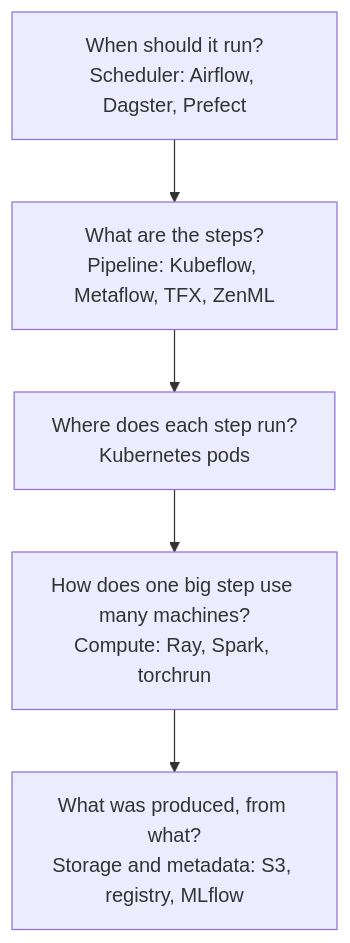
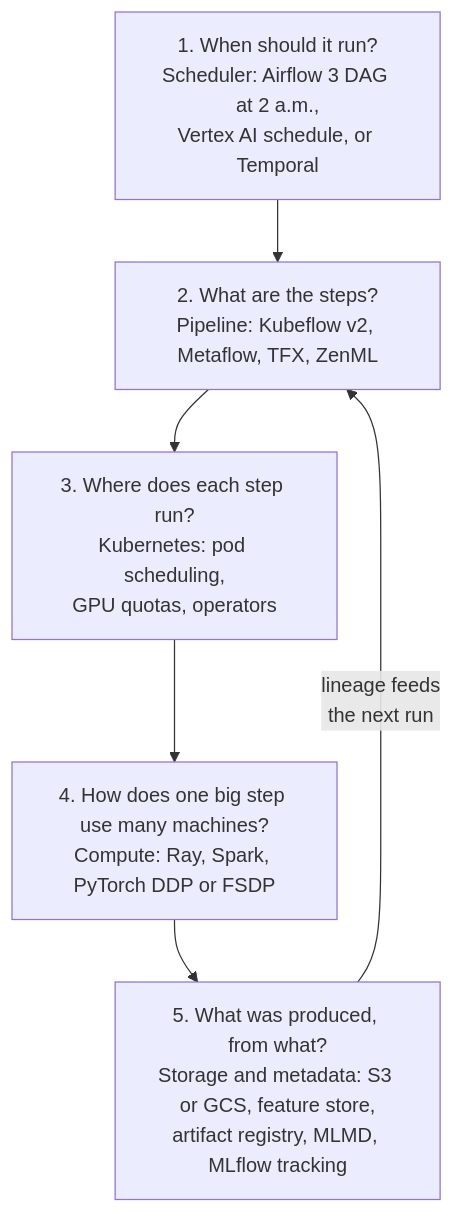
The first of 8 diagrams in src/data/blog/mlops/ml-pipeline-orchestration-layers.md (gopikrishtummala/gopikrishtummala.github.io), drawn with Mermaid before and after one commit. The commit also changed other lines of this file and 15 other files, not shown here.

First line of the commit message:
Restore every diagram removed in the style.md cleanup

````diff
--- a/src/data/blog/mlops/ml-pipeline-orchestration-layers.md
+++ b/src/data/blog/mlops/ml-pipeline-orchestration-layers.md
@@ -39,7 +39,8 @@
 ```mermaid
 flowchart TB
-  L1["When should it run?<br/>Scheduler: Airflow, Dagster, Prefect"] --> L2["What are the steps?<br/>Pipeline: Kubeflow, Metaflow, TFX, ZenML"]
-  L2 --> L3["Where does each step run?<br/>Kubernetes pods"]
-  L3 --> L4["How does one big step use many machines?<br/>Compute: Ray, Spark, torchrun"]
-  L4 --> L5["What was produced, from what?<br/>Storage and metadata: S3, registry, MLflow"]
+  L1["1. When should it run?<br/>Scheduler: Airflow 3 DAG at 2 a.m.,<br/>Vertex AI schedule, or Temporal"] --> L2["2. What are the steps?<br/>Pipeline: Kubeflow v2, Metaflow, TFX, ZenML"]
+  L2 --> L3["3. Where does each step run?<br/>Kubernetes: pod scheduling,<br/>GPU quotas, operators"]
+  L3 --> L4["4. How does one big step use many machines?<br/>Compute: Ray, Spark, PyTorch DDP or FSDP"]
+  L4 --> L5["5. What was produced, from what?<br/>Storage and metadata: S3 or GCS, feature store,<br/>artifact registry, MLMD, MLflow tracking"]
+  L5 -->|"lineage feeds<br/>the next run"| L2
 ```
````
